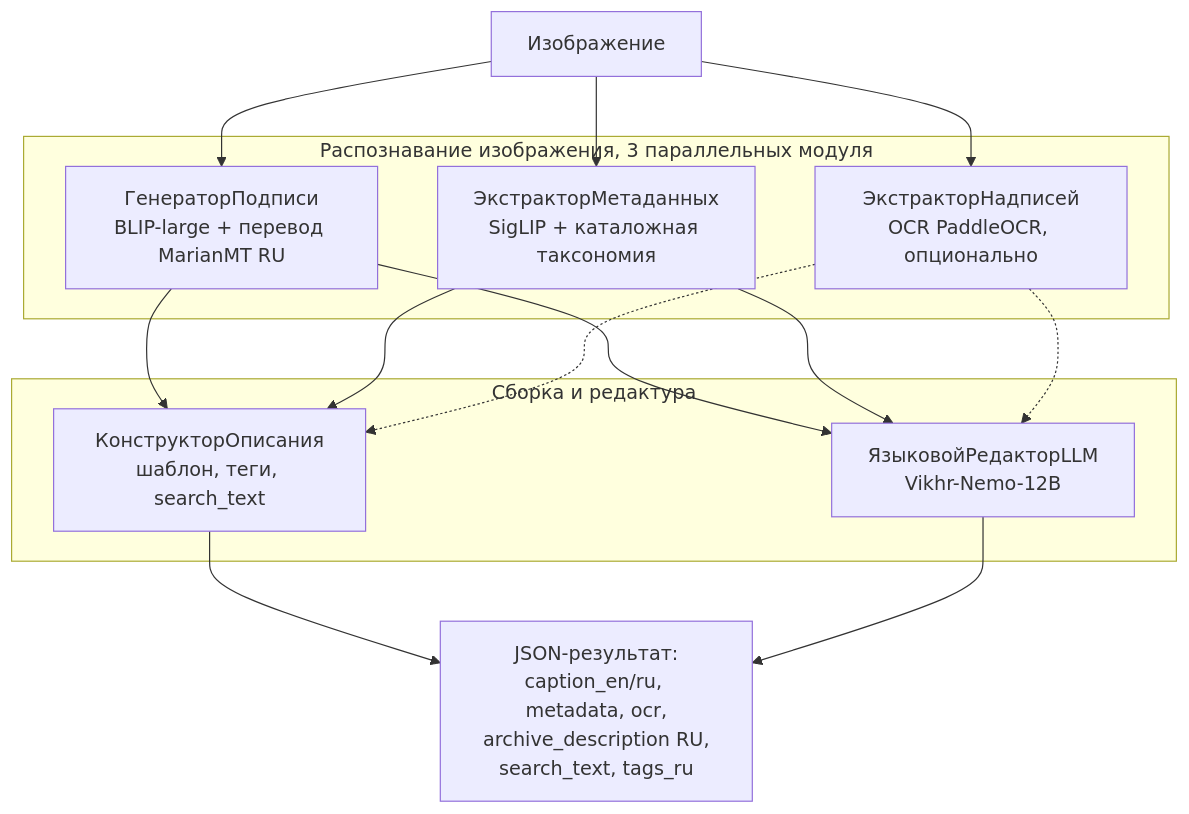
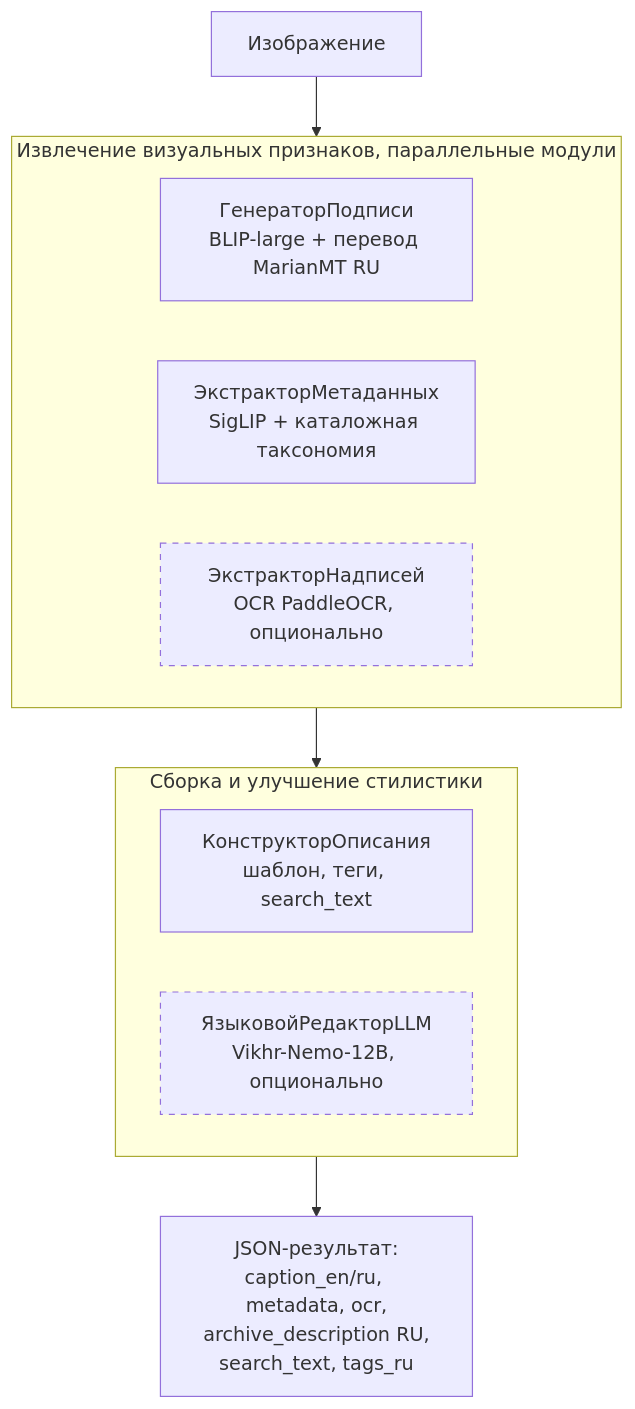
Before and after one commit to azat-khatyn/tsu-image-description: the diagram in README.md, drawn with Mermaid.

Commit message:
fixed graph

````diff
--- a/README.md
+++ b/README.md
@@ -33,31 +33,24 @@
 ```mermaid
 flowchart TD
     IMG[Изображение]
 
-    subgraph REC [Распознавание изображения, 3 параллельных модуля]
+    subgraph REC [Извлечение визуальных признаков, параллельные модули]
         BLIP[ГенераторПодписи<br/>BLIP-large + перевод MarianMT RU]
         SigLIP[ЭкстракторМетаданных<br/>SigLIP + каталожная таксономия]
         OCR[ЭкстракторНадписей<br/>OCR PaddleOCR, опционально]
     end
 
-    subgraph SEM [Сборка и редактура]
+    subgraph SEM [Сборка и улучшение стилистики]
         BUILD[КонструкторОписания<br/>шаблон, теги, search_text]
-        LLM[ЯзыковойРедакторLLM<br/>Vikhr-Nemo-12B]
+        LLM[ЯзыковойРедакторLLM<br/>Vikhr-Nemo-12B, опционально]
     end
-
     OUT[JSON-результат:<br/>caption_en/ru, metadata, ocr,<br/>archive_description RU,<br/>search_text, tags_ru]
 
-    IMG --> BLIP
-    IMG --> SigLIP
-    IMG --> OCR
+    IMG --> REC
+    REC --> SEM
+    SEM --> OUT
 
-    BLIP --> BUILD
-    SigLIP --> BUILD
-    OCR -.-> BUILD
-    BLIP --> LLM
-    SigLIP --> LLM
-    OCR -.-> LLM
-
-    BUILD --> OUT
-    LLM --> OUT
+    %% опциональные компоненты — пунктирная рамка
+    style OCR stroke-dasharray: 5 5
+    style LLM stroke-dasharray: 5 5
 ```
````
